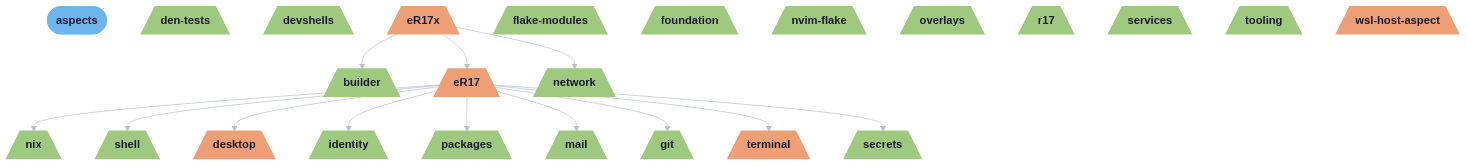
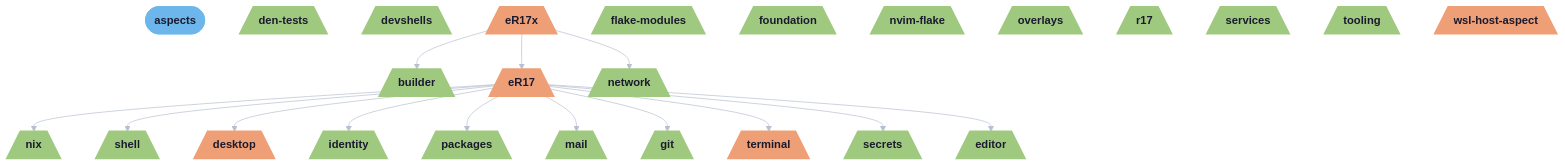
One commit to r17x/universe changed the first of 5 diagrams in README.md. Above: the diagram before and after it, drawn with Mermaid. The commit also changed other lines of this file and 10 other files, not shown here.

````diff
--- a/README.md
+++ b/README.md
@@ -74,66 +74,69 @@
 ```mermaid
 %%{init: {"theme":"base","themeVariables":{"activationBkgColor":"#16213E","activationBorderColor":"#8A8A9E","actorBkg":"#16213E","actorBorder":"#B8C0D0","actorLineColor":"#B8C0D0","actorTextColor":"#E1E5ED","background":"#1A1A2E","classText":"#E1E5ED","clusterBkg":"#16213E","clusterBorder":"#8A8A9E","edgeLabelBackground":"#1A1A2E","labelBoxBkgColor":"#16213E","labelBoxBorderColor":"#B8C0D0","labelTextColor":"#E1E5ED","lineColor":"#B8C0D0","loopTextColor":"#E1E5ED","mainBkg":"#16213E","nodeBkg":"#16213E","nodeBorder":"#B8C0D0","nodeTextColor":"#E1E5ED","noteBkgColor":"#16213E","noteBorderColor":"#8A8A9E","noteTextColor":"#E1E5ED","pie1":"#EC7279","pie2":"#EF9F76","pie3":"#DBBE80","pie4":"#A0C980","pie5":"#5DBBC1","pie6":"#6CB6EB","pie7":"#D38AEA","pie8":"#B87AD8","pieLegendTextColor":"#E1E5ED","pieOuterStrokeColor":"#8A8A9E","pieSectionTextColor":"#E1E5ED","pieStrokeColor":"#8A8A9E","pieTitleTextColor":"#E1E5ED","primaryBorderColor":"#B8C0D0","primaryColor":"#16213E","primaryTextColor":"#E1E5ED","secondBkg":"#16213E","secondaryBorderColor":"#8A8A9E","secondaryColor":"#16213E","secondaryTextColor":"#E1E5ED","sequenceNumberColor":"#1A1A2E","signalColor":"#B8C0D0","signalTextColor":"#E1E5ED","tertiaryBorderColor":"#8A8A9E","tertiaryColor":"#16213E","tertiaryTextColor":"#E1E5ED","textColor":"#E1E5ED","titleColor":"#E1E5ED"}}}%%
 graph TD
   aspects([aspects]):::root
   builder[/"builder"\]:::builder_c
   den_tests[/"den-tests"\]:::den_tests_c
   desktop[/"desktop"\]:::desktop_c
   devshells[/"devshells"\]:::devshells_c
   eR17[/"eR17"\]:::eR17_c
   eR17x[/"eR17x"\]:::eR17x_c
+  editor[/"editor"\]:::editor_c
   flake_modules[/"flake-modules"\]:::flake_modules_c
   foundation[/"foundation"\]:::foundation_c
   git[/"git"\]:::git_c
   identity[/"identity"\]:::identity_c
   mail[/"mail"\]:::mail_c
   network[/"network"\]:::network_c
   nix[/"nix"\]:::nix_c
   nvim_flake[/"nvim-flake"\]:::nvim_flake_c
   overlays[/"overlays"\]:::overlays_c
   packages[/"packages"\]:::packages_c
   r17[/"r17"\]:::r17_c
   secrets[/"secrets"\]:::secrets_c
   services[/"services"\]:::services_c
   shell[/"shell"\]:::shell_c
   terminal[/"terminal"\]:::terminal_c
   tooling[/"tooling"\]:::tooling_c
   wsl_host_aspect[/"wsl-host-aspect"\]:::wsl_host_aspect_c
 
   eR17 --> nix
   eR17 --> shell
   eR17 --> desktop
   eR17 --> identity
   eR17 --> packages
   eR17 --> mail
   eR17 --> git
   eR17 --> terminal
   eR17 --> secrets
+  eR17 --> editor
   eR17x --> eR17
   eR17x --> network
   eR17x --> builder
 
   classDef root fill:#6CB6EB,stroke:#6CB6EB,color:#1A1A2E,font-weight:bold
   classDef builder_c fill:#A0C980,stroke:#A0C980,color:#1A1A2E,stroke-width:2px
   classDef den_tests_c fill:#A0C980,stroke:#A0C980,color:#1A1A2E,stroke-width:2px
   classDef desktop_c fill:#EF9F76,stroke:#EF9F76,color:#1A1A2E,stroke-width:2px
   classDef devshells_c fill:#A0C980,stroke:#A0C980,color:#1A1A2E,stroke-width:2px
   classDef eR17_c fill:#EF9F76,stroke:#EF9F76,color:#1A1A2E,stroke-width:2px
   classDef eR17x_c fill:#EF9F76,stroke:#EF9F76,color:#1A1A2E,stroke-width:2px
+  classDef editor_c fill:#A0C980,stroke:#A0C980,color:#1A1A2E,stroke-width:2px
   classDef flake_modules_c fill:#A0C980,stroke:#A0C980,color:#1A1A2E,stroke-width:2px
   classDef foundation_c fill:#A0C980,stroke:#A0C980,color:#1A1A2E,stroke-width:2px
   classDef git_c fill:#A0C980,stroke:#A0C980,color:#1A1A2E,stroke-width:2px
   classDef identity_c fill:#A0C980,stroke:#A0C980,color:#1A1A2E,stroke-width:2px
   classDef mail_c fill:#A0C980,stroke:#A0C980,color:#1A1A2E,stroke-width:2px
   classDef network_c fill:#A0C980,stroke:#A0C980,color:#1A1A2E,stroke-width:2px
   classDef nix_c fill:#A0C980,stroke:#A0C980,color:#1A1A2E,stroke-width:2px
   classDef nvim_flake_c fill:#A0C980,stroke:#A0C980,color:#1A1A2E,stroke-width:2px
   classDef overlays_c fill:#A0C980,stroke:#A0C980,color:#1A1A2E,stroke-width:2px
   classDef packages_c fill:#A0C980,stroke:#A0C980,color:#1A1A2E,stroke-width:2px
   classDef r17_c fill:#A0C980,stroke:#A0C980,color:#1A1A2E,stroke-width:2px
   classDef secrets_c fill:#A0C980,stroke:#A0C980,color:#1A1A2E,stroke-width:2px
   classDef services_c fill:#A0C980,stroke:#A0C980,color:#1A1A2E,stroke-width:2px
   classDef shell_c fill:#A0C980,stroke:#A0C980,color:#1A1A2E,stroke-width:2px
   classDef terminal_c fill:#EF9F76,stroke:#EF9F76,color:#1A1A2E,stroke-width:2px
   classDef tooling_c fill:#A0C980,stroke:#A0C980,color:#1A1A2E,stroke-width:2px
   classDef wsl_host_aspect_c fill:#EF9F76,stroke:#EF9F76,color:#1A1A2E,stroke-width:2px
 ```
````
